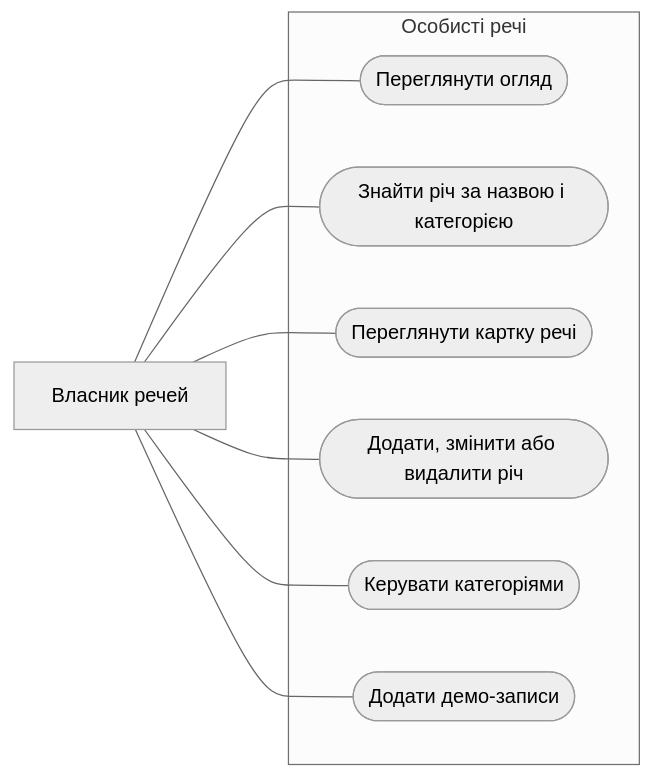
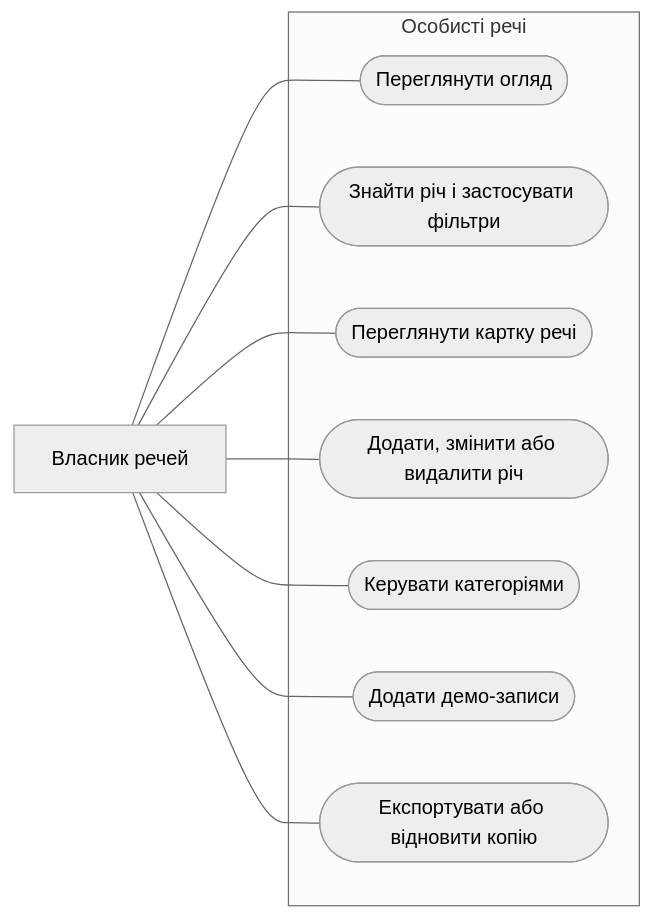
One commit to Sh1kami/Kursovoj changed the diagram in docs/requirements.md. Above: the diagram before and after it, drawn with Mermaid (neutral theme). The commit also changed other lines of this file and 32 other files, not shown here.

````diff
--- a/docs/requirements.md
+++ b/docs/requirements.md
@@ -22,18 +24,20 @@
 ```mermaid
 flowchart LR
   User["Власник речей"]
   subgraph App["Особисті речі"]
     Overview(["Переглянути огляд"])
-    Find(["Знайти річ за назвою і категорією"])
+    Find(["Знайти річ і застосувати фільтри"])
     Details(["Переглянути картку речі"])
     Manage(["Додати, змінити або видалити річ"])
     Category(["Керувати категоріями"])
     Demo(["Додати демо-записи"])
+    Backup(["Експортувати або відновити копію"])
   end
   User --- Overview
   User --- Find
   User --- Details
   User --- Manage
   User --- Category
   User --- Demo
+  User --- Backup
 ```
````
